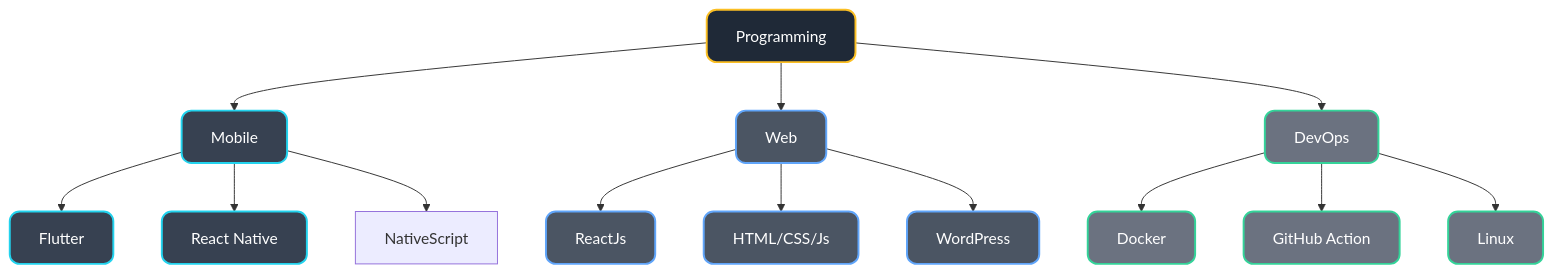
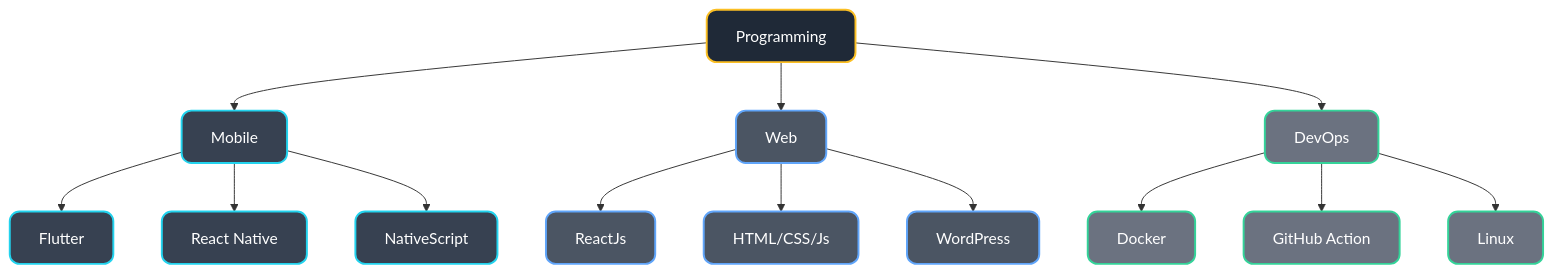
The first of 2 diagrams in README.md (v-ishnu/v-ishnu), drawn with Mermaid before and after one commit.

````diff
--- a/README.md
+++ b/README.md
@@ -28,31 +28,31 @@
 ```mermaid
 %% Note: This graph showcases my Technical Skills.  
 %% If it doesn't display, please view it on the GitHub website.
 graph TD
     A[Programming] --> B[Mobile]
     A --> C[Web]
     A --> D[DevOps]
     
     B --> B1[Flutter]
     B --> B2[React Native]
     B --> B3[NativeScript]
     
     C --> C1[ReactJs]
     C --> C2[HTML/CSS/Js]
     C --> C3[WordPress]
     
     D --> D1[Docker]
     D --> D2[GitHub Action]
     D --> D3[Linux]
 
     classDef main fill:#1f2937,stroke:#fbbf24,stroke-width:2px,color:#ffffff,rx:10px,ry:10px;
     classDef mobile fill:#374151,stroke:#22d3ee,stroke-width:2px,color:#ffffff,rx:10px,ry:10px;
     classDef web fill:#4b5563,stroke:#60a5fa,stroke-width:2px,color:#ffffff,rx:10px,ry:10px;
     classDef ml fill:#6b7280,stroke:#34d399,stroke-width:2px,color:#ffffff,rx:10px,ry:10px;
 
     class A main;
-    class B,B1,B2 mobile;
+    class B,B1,B2,B3 mobile;
     class C,C1,C2,C3 web;
     class D,D1,D2,D3 ml;
 
 ```
````
